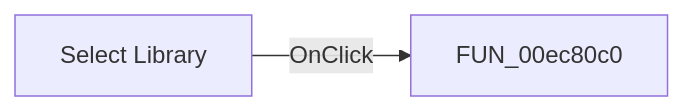
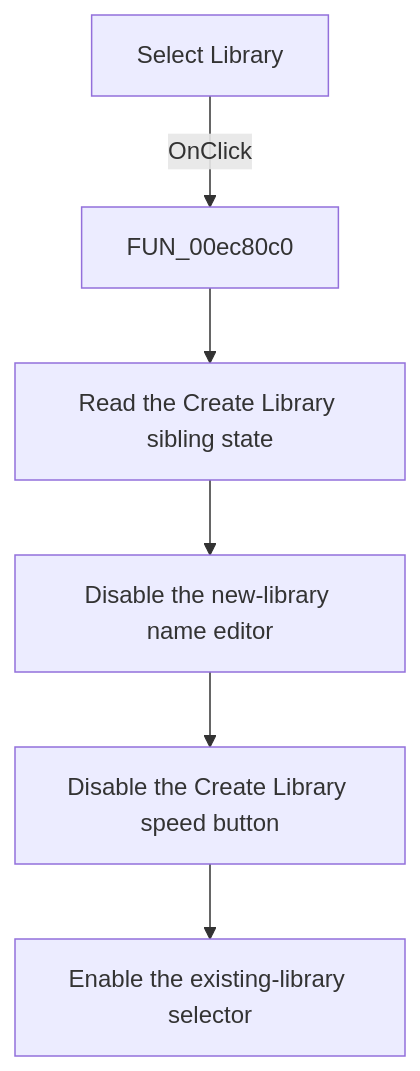
One commit to MovGP0/TIARA changed the diagram in docs/ui-controls/pcbform4/rbtnselectlibrary-2f44ad3eb0.md. Above: the diagram before and after it, drawn with Mermaid. The commit also changed other lines of this file and 1062 other files, not shown here.

````diff
--- a/docs/ui-controls/pcbform4/rbtnselectlibrary-2f44ad3eb0.md
+++ b/docs/ui-controls/pcbform4/rbtnselectlibrary-2f44ad3eb0.md
@@ -27,4 +29,8 @@
 ```mermaid
-flowchart LR
+flowchart TD
     control["Select Library"] -->|OnClick| handler["FUN_00ec80c0"]
+    handler --> sibling["Read the Create Library sibling state"]
+    sibling --> editor["Disable the new-library name editor"]
+    editor --> create["Disable the Create Library speed button"]
+    create --> selector["Enable the existing-library selector"]
 ```
````
